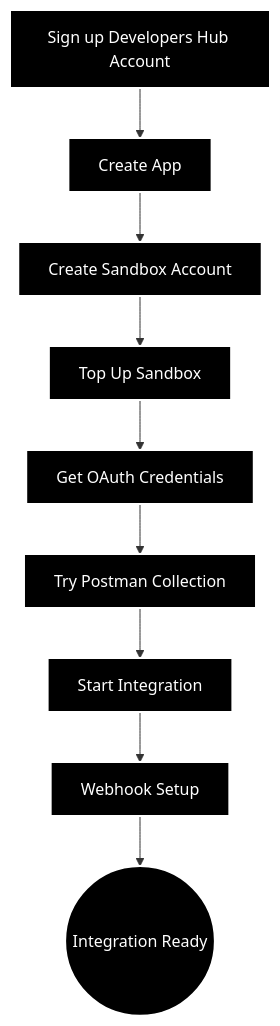
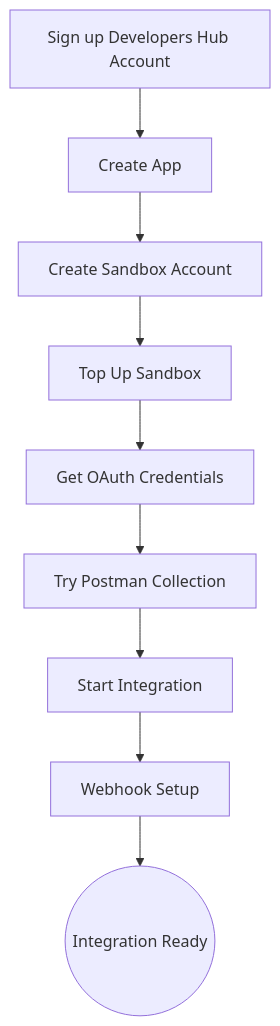
Before and after one commit to easyparcel/OpenAPI: the first of 2 diagrams in README.md, drawn with Mermaid.

````diff
--- a/README.md
+++ b/README.md
@@ -14,13 +14,11 @@
 ```mermaid
 flowchart TD
     A[Sign up Developers Hub Account] --> B[Create App]
     B --> C[Create Sandbox Account]
     C --> D[Top Up Sandbox]
     D --> E[Get OAuth Credentials]
     E --> F[Try Postman Collection]
     F --> G[Start Integration]
     G --> H[Webhook Setup]
     H --> I((Integration Ready))
-
-    classDef default stroke:#fff,fill:#000,color:#fff,stroke-width:2px;
 ```
````
